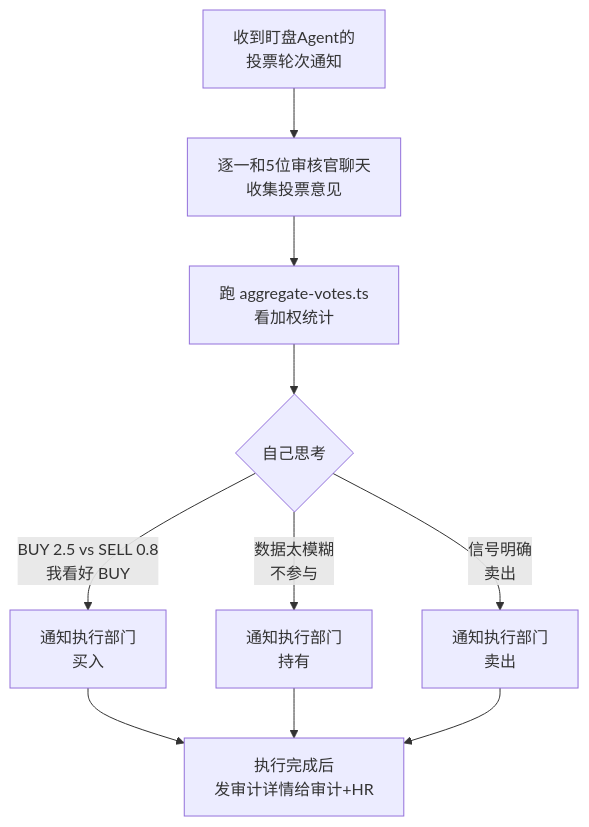
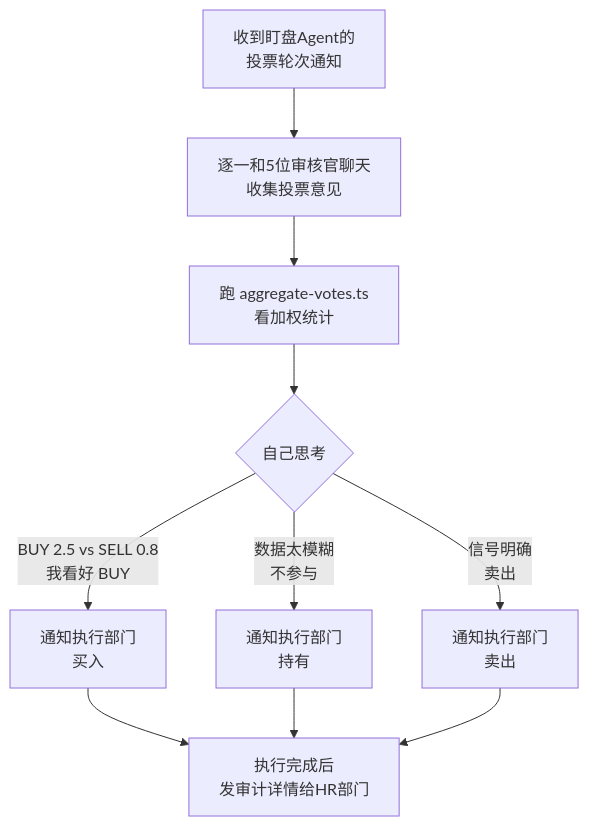
One commit to fantian007/hermes-trading-system changed the third of 6 diagrams in docs/architecture.md. Above: the diagram before and after it, drawn with Mermaid. The commit also changed other lines of this file and 11 other files, not shown here.

````diff
--- a/docs/architecture.md
+++ b/docs/architecture.md
@@ -166,12 +168,12 @@
 ```mermaid
 flowchart TB
     START[收到盯盘Agent的<br/>投票轮次通知] --> CHAT[逐一和5位审核官聊天<br/>收集投票意见]
     CHAT --> STATS[跑 aggregate-votes.ts<br/>看加权统计]
     STATS --> JUDGE{自己思考}
     JUDGE -->|"BUY 2.5 vs SELL 0.8<br/>我看好 BUY"| BUY[通知执行部门<br/>买入]
     JUDGE -->|"数据太模糊<br/>不参与"| HOLD[通知执行部门<br/>持有]
     JUDGE -->|"信号明确<br/>卖出"| SELL[通知执行部门<br/>卖出]
-    BUY --> DONE[执行完成后<br/>发审计详情给审计+HR]
+    BUY --> DONE[执行完成后<br/>发审计详情给HR部门]
     HOLD --> DONE
     SELL --> DONE
 ```
````
